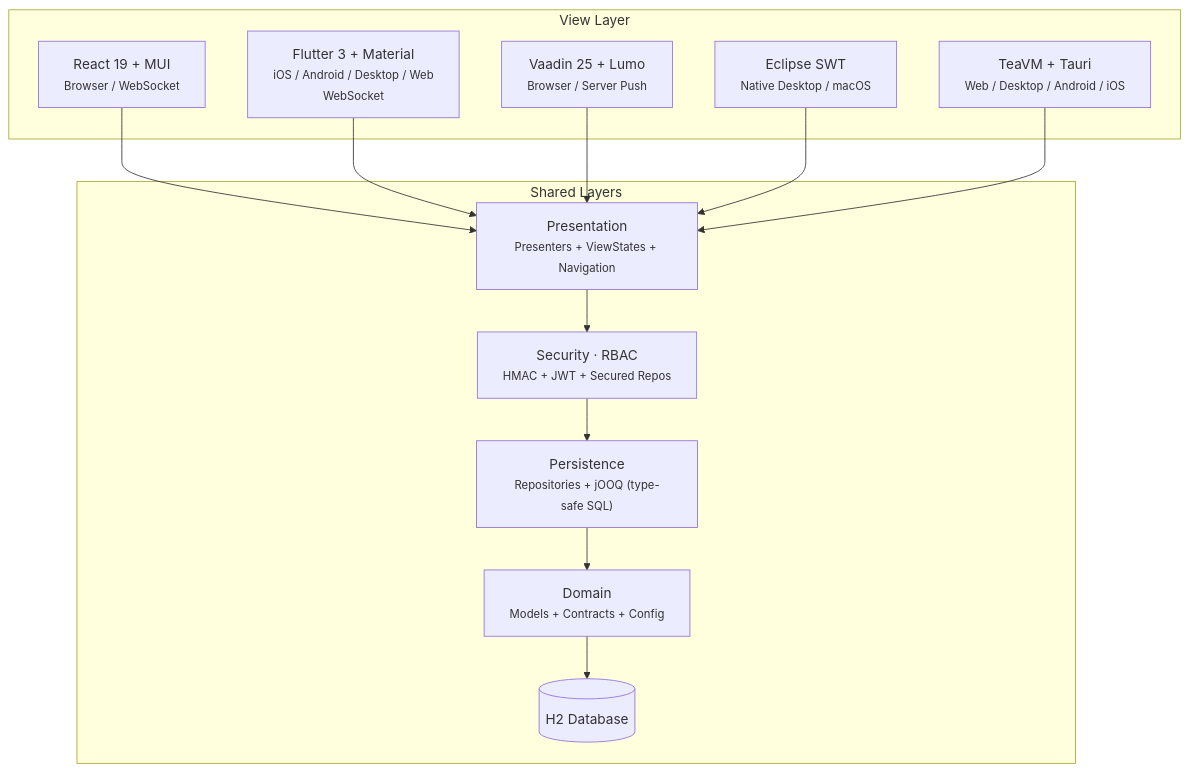
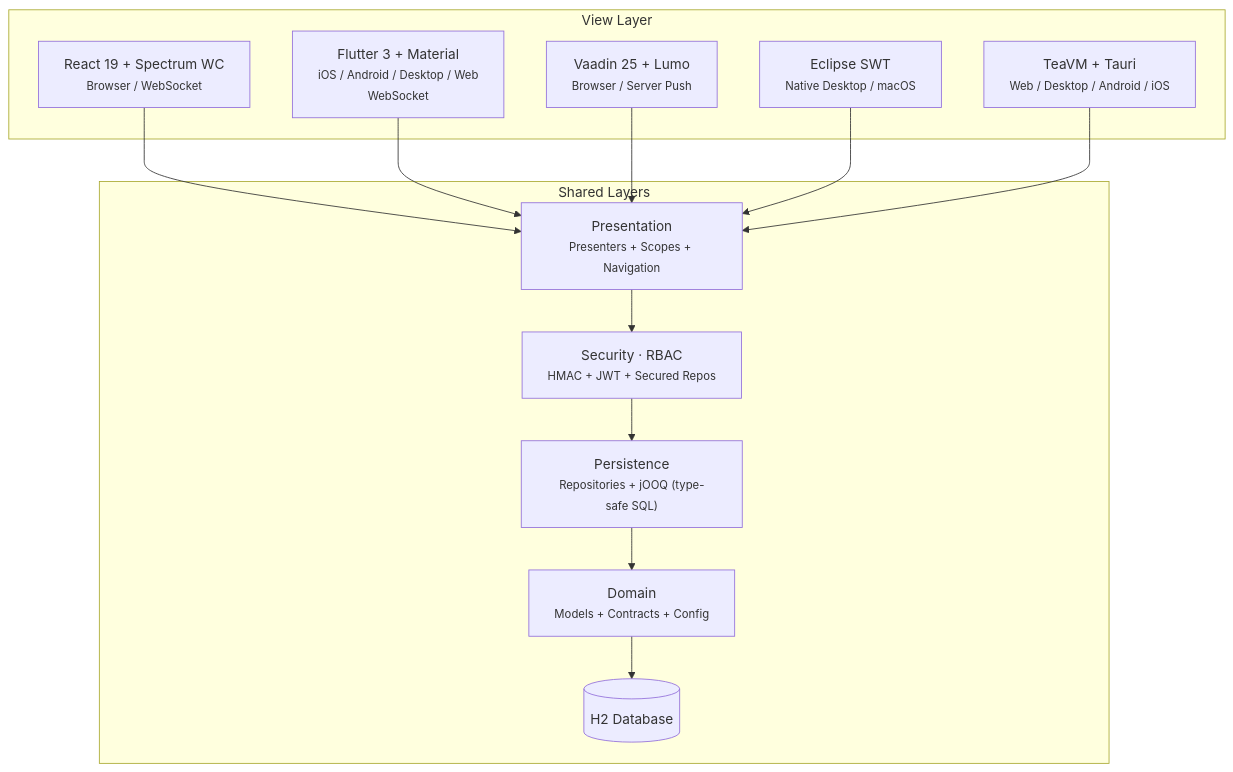
One commit to mrcdom/wdc-cube-java-v2 changed the first of 3 diagrams in README.md. Above: the diagram before and after it, drawn with Mermaid. The commit also changed other lines of this file and 50 other files, not shown here.

````diff
--- a/README.md
+++ b/README.md
@@ -13,25 +13,25 @@
 ```mermaid
 graph TD
     subgraph Views["View Layer"]
-        R["React 19 + MUI<br/><small>Browser / WebSocket</small>"]
+        R["React 19 + Spectrum WC<br/><small>Browser / WebSocket</small>"]
         FL["Flutter 3 + Material<br/><small>iOS / Android / Desktop / Web<br/>WebSocket</small>"]
         V["Vaadin 25 + Lumo<br/><small>Browser / Server Push</small>"]
         SW["Eclipse SWT<br/><small>Native Desktop / macOS</small>"]
         TVM["TeaVM + Tauri<br/><small>Web / Desktop / Android / iOS</small>"]
     end
 
     subgraph Core["Shared Layers"]
-        P["Presentation<br/><small>Presenters + ViewStates + Navigation</small>"]
+        P["Presentation<br/><small>Presenters + Scopes + Navigation</small>"]
         SEC["Security · RBAC<br/><small>HMAC + JWT + Secured Repos</small>"]
         PER["Persistence<br/><small>Repositories + jOOQ (type-safe SQL)</small>"]
         DOM["Domain<br/><small>Models + Contracts + Config</small>"]
         DB[("H2 Database")]
     end
 
     R --> P
     FL --> P
     V --> P
     SW --> P
     TVM --> P
     P --> SEC --> PER --> DOM --> DB
 ```
````
